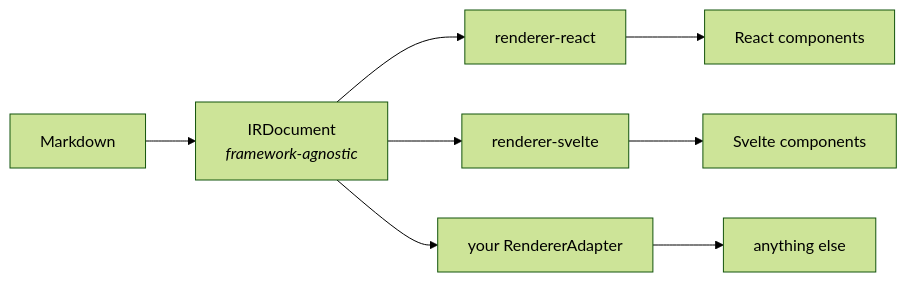
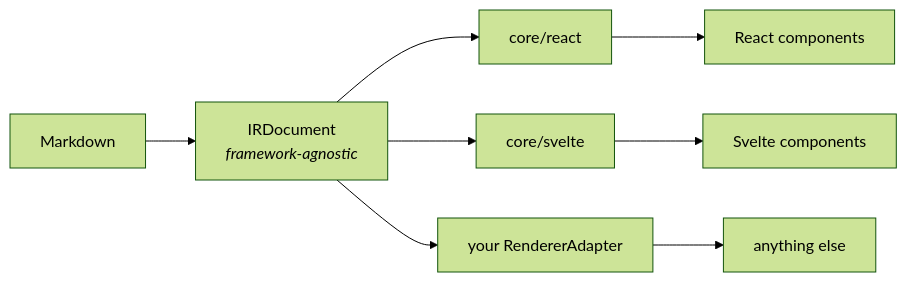
The fourth of 4 diagrams in apps/web/src/docs/guide/architecture.md (kanakkholwal/docvia), drawn with Mermaid (forest theme) before and after one commit. The commit also changed other lines of this file and 537 other files, not shown here.

````diff
--- a/apps/web/src/docs/guide/architecture.md
+++ b/apps/web/src/docs/guide/architecture.md
@@ -140,8 +141,8 @@
 ```mermaid
 %% title: One IR, many renderers
 flowchart LR
   MD["Markdown"] --> IRD["IRDocument<br/><i>framework-agnostic</i>"]
-  IRD --> RR["renderer-react"] --> RC["React components"]
-  IRD --> RS["renderer-svelte"] --> SC["Svelte components"]
+  IRD --> RR["core/react"] --> RC["React components"]
+  IRD --> RS["core/svelte"] --> SC["Svelte components"]
   IRD --> RX["your RendererAdapter"] --> XC["anything else"]
 ```
````
